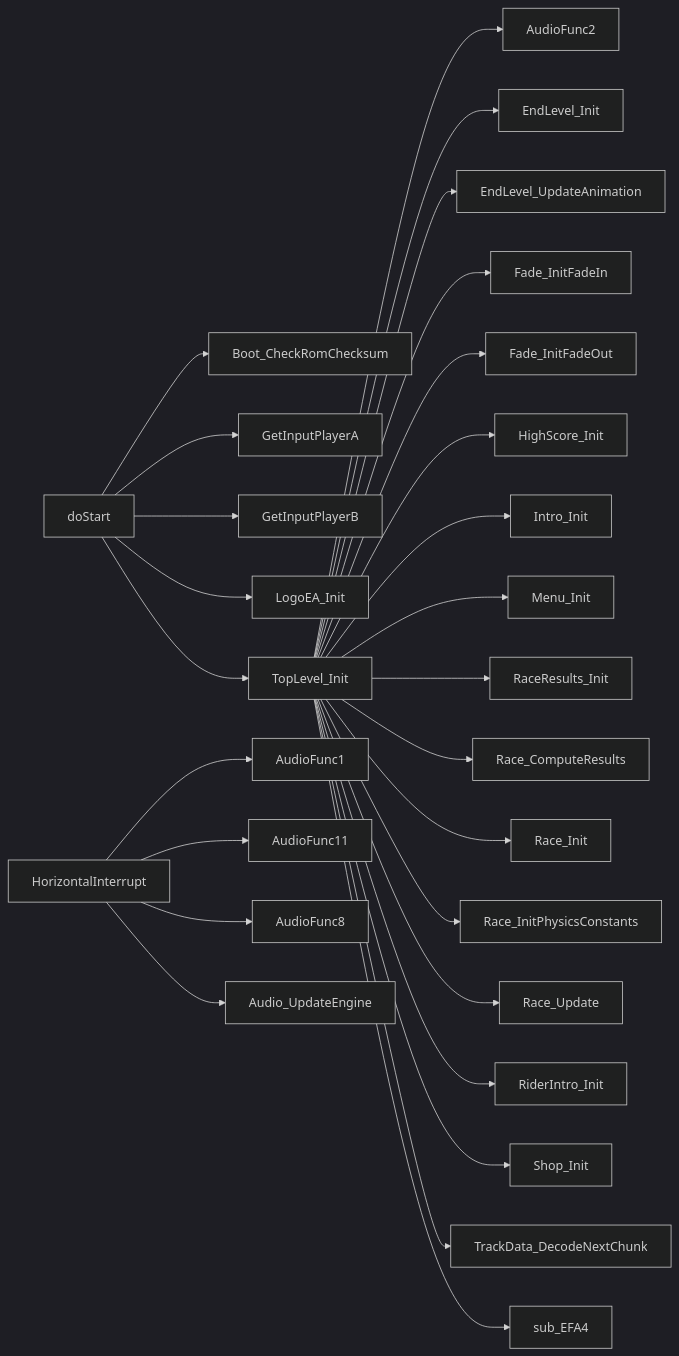
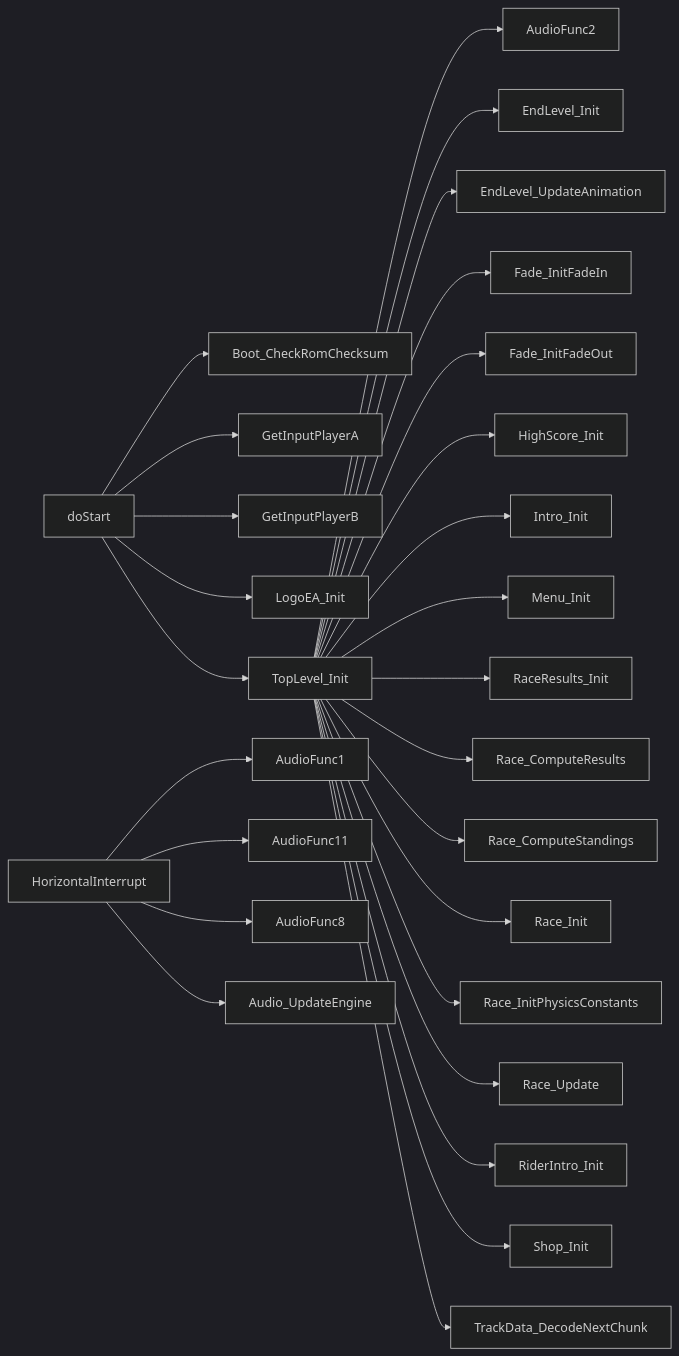
Before and after one commit to Unnunu/roadrashdisasm: the diagram in docs/callgraph.md, drawn with Mermaid (dark theme). The commit also changed other lines of this file and 10 other files, not shown here.

Commit message:
race_ai_road: document profile/objects/standings

````diff
--- a/docs/callgraph.md
+++ b/docs/callgraph.md
@@ -19,32 +19,32 @@
 ```mermaid
 flowchart LR
     doStart["doStart"]
     doStart["doStart"] --> Boot_CheckRomChecksum["Boot_CheckRomChecksum"]
     doStart["doStart"] --> GetInputPlayerA["GetInputPlayerA"]
     doStart["doStart"] --> GetInputPlayerB["GetInputPlayerB"]
     doStart["doStart"] --> LogoEA_Init["LogoEA_Init"]
     doStart["doStart"] --> TopLevel_Init["TopLevel_Init"]
     TopLevel_Init["TopLevel_Init"]
     TopLevel_Init["TopLevel_Init"] --> AudioFunc2["AudioFunc2"]
     TopLevel_Init["TopLevel_Init"] --> EndLevel_Init["EndLevel_Init"]
     TopLevel_Init["TopLevel_Init"] --> EndLevel_UpdateAnimation["EndLevel_UpdateAnimation"]
     TopLevel_Init["TopLevel_Init"] --> Fade_InitFadeIn["Fade_InitFadeIn"]
     TopLevel_Init["TopLevel_Init"] --> Fade_InitFadeOut["Fade_InitFadeOut"]
     TopLevel_Init["TopLevel_Init"] --> HighScore_Init["HighScore_Init"]
     TopLevel_Init["TopLevel_Init"] --> Intro_Init["Intro_Init"]
     TopLevel_Init["TopLevel_Init"] --> Menu_Init["Menu_Init"]
     TopLevel_Init["TopLevel_Init"] --> RaceResults_Init["RaceResults_Init"]
     TopLevel_Init["TopLevel_Init"] --> Race_ComputeResults["Race_ComputeResults"]
+    TopLevel_Init["TopLevel_Init"] --> Race_ComputeStandings["Race_ComputeStandings"]
     TopLevel_Init["TopLevel_Init"] --> Race_Init["Race_Init"]
     TopLevel_Init["TopLevel_Init"] --> Race_InitPhysicsConstants["Race_InitPhysicsConstants"]
     TopLevel_Init["TopLevel_Init"] --> Race_Update["Race_Update"]
     TopLevel_Init["TopLevel_Init"] --> RiderIntro_Init["RiderIntro_Init"]
     TopLevel_Init["TopLevel_Init"] --> Shop_Init["Shop_Init"]
     TopLevel_Init["TopLevel_Init"] --> TrackData_DecodeNextChunk["TrackData_DecodeNextChunk"]
-    TopLevel_Init["TopLevel_Init"] --> sub_EFA4["sub_EFA4"]
     HorizontalInterrupt["HorizontalInterrupt"]
     HorizontalInterrupt["HorizontalInterrupt"] --> AudioFunc1["AudioFunc1"]
     HorizontalInterrupt["HorizontalInterrupt"] --> AudioFunc11["AudioFunc11"]
     HorizontalInterrupt["HorizontalInterrupt"] --> AudioFunc8["AudioFunc8"]
     HorizontalInterrupt["HorizontalInterrupt"] --> Audio_UpdateEngine["Audio_UpdateEngine"]
 ```
````
